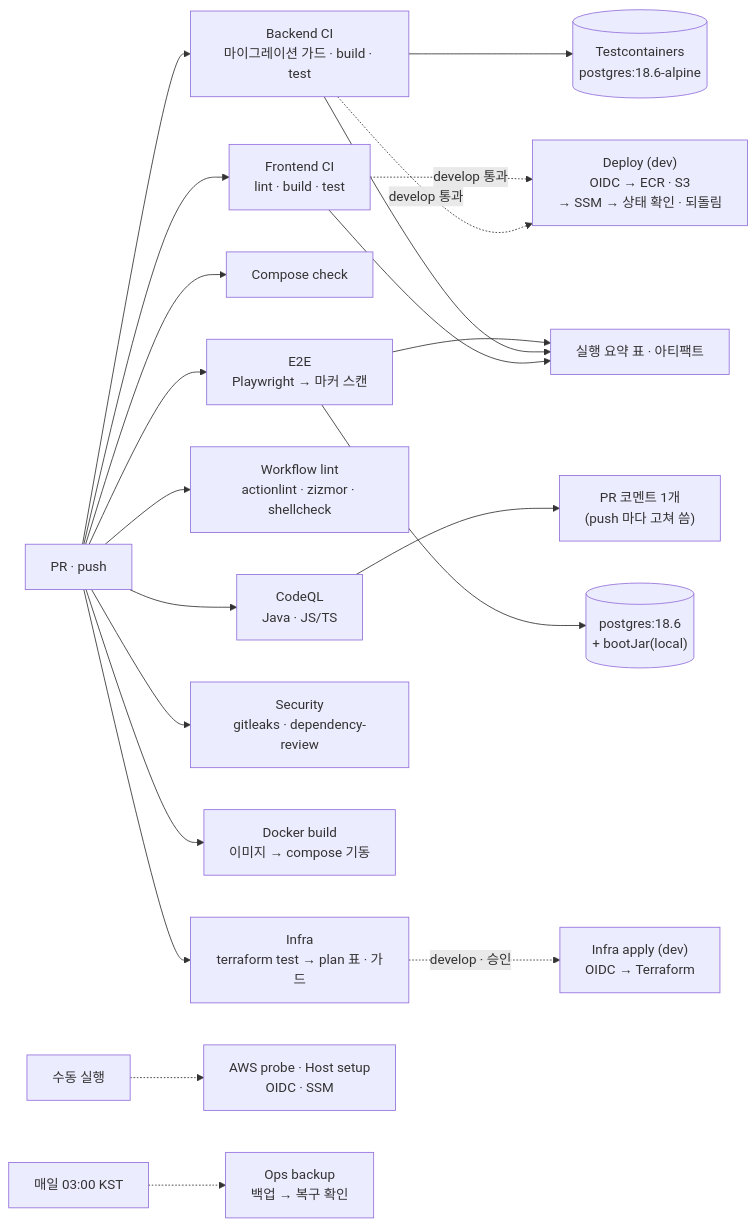
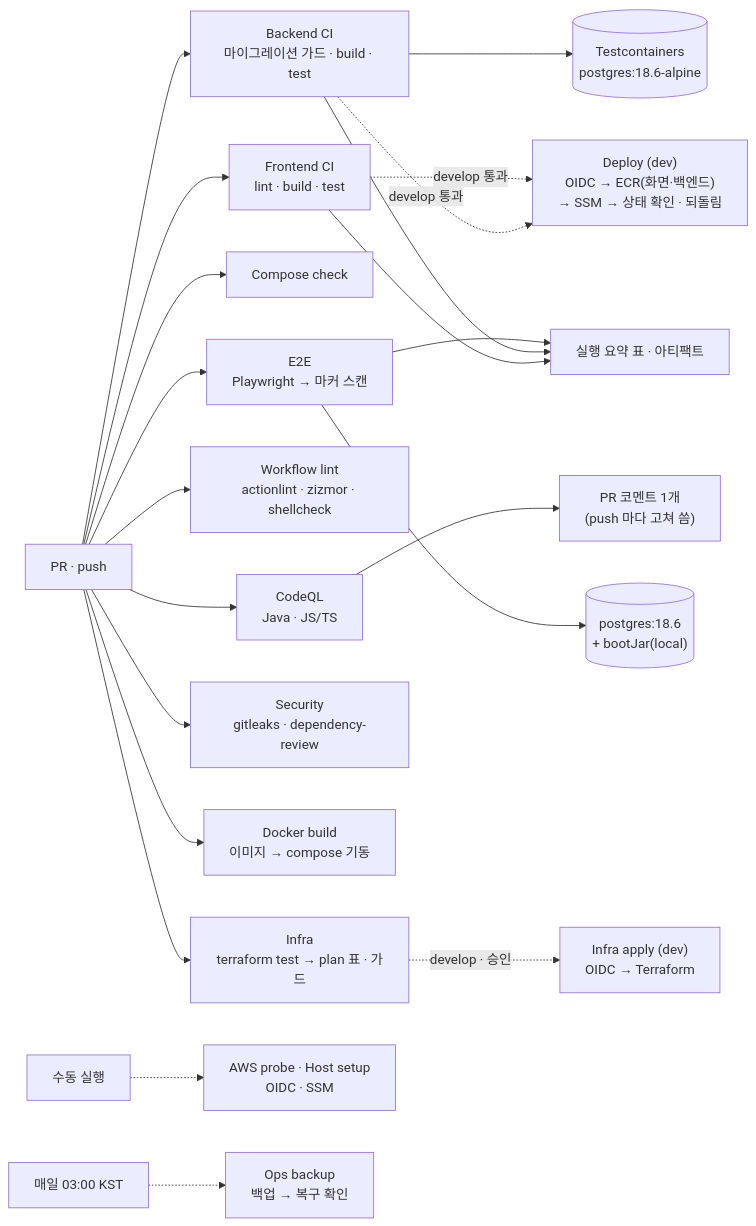
Before and after one commit to kakaotechcampus-4/ktc4-chonnam-4: the diagram in docs/github-actions.md, drawn with Mermaid. The commit also changed other lines of this file and 48 other files, not shown here.

````diff
--- a/docs/github-actions.md
+++ b/docs/github-actions.md
@@ -37,23 +39,23 @@
 ```mermaid
 flowchart LR
   PR["PR · push"] --> FE["Frontend CI<br/>lint · build · test"]
   PR --> BE["Backend CI<br/>마이그레이션 가드 · build · test"]
   PR --> CC["Compose check"]
   PR --> CQ["CodeQL<br/>Java · JS/TS"]
   PR --> WL["Workflow lint<br/>actionlint · zizmor · shellcheck"]
   PR --> E2E["E2E<br/>Playwright → 마커 스캔"]
   PR --> SEC["Security<br/>gitleaks · dependency-review"]
   PR --> DK["Docker build<br/>이미지 → compose 기동"]
   PR --> INF["Infra<br/>terraform test → plan 표 · 가드"]
   BE --> TC[("Testcontainers<br/>postgres:18.6-alpine")]
   E2E --> DB[("postgres:18.6<br/>+ bootJar(local)")]
   FE --> OUT["실행 요약 표 · 아티팩트"]
   BE --> OUT
   E2E --> OUT
   CQ --> CMT["PR 코멘트 1개<br/>(push 마다 고쳐 씀)"]
-  BE -.->|"develop 통과"| DEP["Deploy (dev)<br/>OIDC → ECR · S3<br/>→ SSM → 상태 확인 · 되돌림"]
+  BE -.->|"develop 통과"| DEP["Deploy (dev)<br/>OIDC → ECR(화면·백엔드)<br/>→ SSM → 상태 확인 · 되돌림"]
   FE -.->|"develop 통과"| DEP
   INF -.->|"develop · 승인"| APPLY["Infra apply (dev)<br/>OIDC → Terraform"]
   MAN["수동 실행"] -.-> PROBE["AWS probe · Host setup<br/>OIDC · SSM"]
   CRON["매일 03:00 KST"] -.-> BAK["Ops backup<br/>백업 → 복구 확인"]
 ```
````
